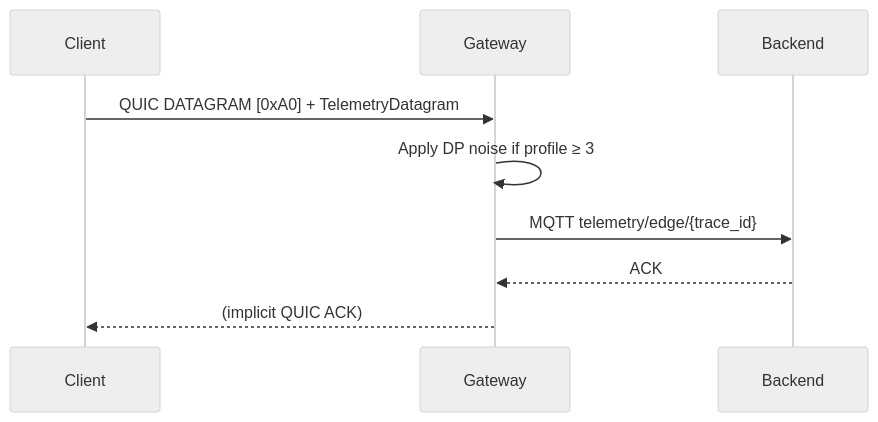
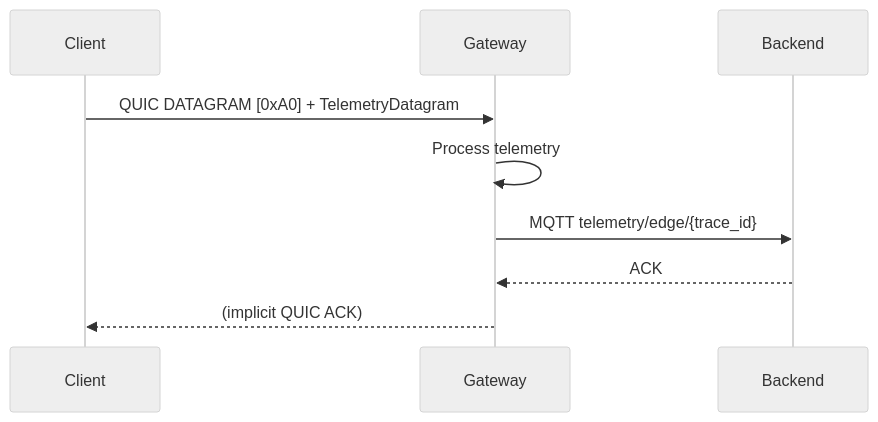
One commit to tradephantomllc/axcp-spec changed the diagram in spec/axcp-v0.3-draft.md. Above: the diagram before and after it, drawn with Mermaid (neutral theme). The commit also changed other lines of this file and 10 other files, not shown here.

````diff
--- a/spec/axcp-v0.3-draft.md
+++ b/spec/axcp-v0.3-draft.md
@@ -114,12 +114,12 @@
 ```mermaid
 sequenceDiagram
     participant C as Client
     participant G as Gateway
     participant B as Backend
     
     C->>G: QUIC DATAGRAM [0xA0] + TelemetryDatagram
-    G->>G: Apply DP noise if profile ≥ 3
+    G->>G: Process telemetry
     G->>B: MQTT telemetry/edge/{trace_id}
     B-->>G: ACK
     G-->>C: (implicit QUIC ACK)
 ```
````
